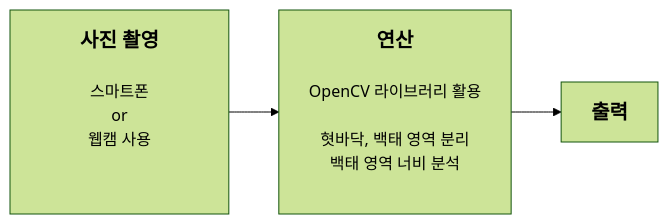
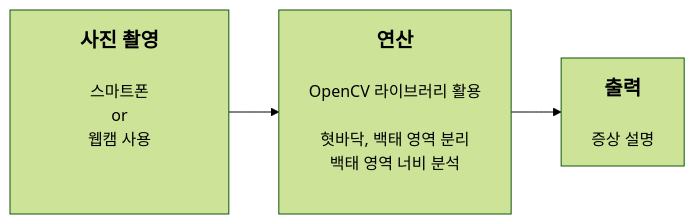
One commit to 201710808/-p changed the diagram in Readme.md. Above: the diagram before and after it, drawn with Mermaid (forest theme).

````diff
--- a/Readme.md
+++ b/Readme.md
@@ -3,5 +3,5 @@
 ```mermaid
 graph LR
 A[<b><span style='font-size:20px'>  사진 촬영  </span></b><br><br>스마트폰\nor\n웹캠 사용<br><br><br>]-->B[<b><span style='font-size:20px'>연산</span></b><br><br>OpenCV 라이브러리 활용<br><br>혓바닥, 백태 영역 분리<br>백태 영역 너비 분석<br><br>]
-B-->C[<b><span style='font-size:20px'>출력</span></b>]
+B-->C[<b><span style='font-size:20px'>출력</span></b><br><br>증상 설명]
 ```
````
